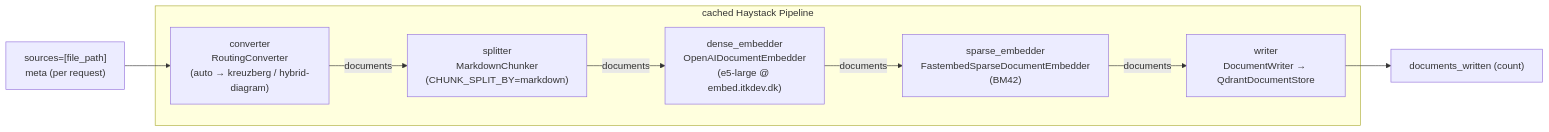
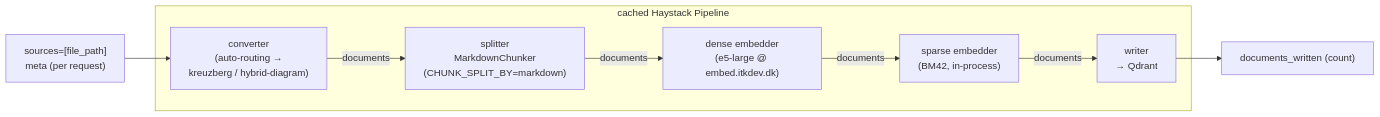
One commit to AarhusAI/ingestion-service changed the fourth of 5 diagrams in docs/data-flow.md. Above: the diagram before and after it, drawn with Mermaid. The commit also changed other lines of this file, not shown here.

Commit message:
Update data flow

````diff
--- a/docs/data-flow.md
+++ b/docs/data-flow.md
@@ -201,18 +180,18 @@
 ```mermaid
 flowchart LR
     IN["sources=[file_path]<br/>meta (per request)"] --> CONV
 
     subgraph PIPE["cached Haystack Pipeline"]
-        CONV["converter<br/>RoutingConverter<br/>(auto → kreuzberg / hybrid-diagram)"]
+        CONV["converter<br/>(auto-routing →<br/>kreuzberg / hybrid-diagram)"]
         SPLIT["splitter<br/>MarkdownChunker<br/>(CHUNK_SPLIT_BY=markdown)"]
-        DENSE["dense_embedder<br/>OpenAIDocumentEmbedder<br/>(e5-large @ embed.itkdev.dk)"]
-        SPARSE["sparse_embedder<br/>FastembedSparseDocumentEmbedder<br/>(BM42)"]
-        WRITE["writer<br/>DocumentWriter → QdrantDocumentStore"]
+        DENSE["dense embedder<br/>(e5-large @ embed.itkdev.dk)"]
+        SPARSE["sparse embedder<br/>(BM42, in-process)"]
+        WRITE["writer<br/>→ Qdrant"]
     end
 
     CONV -->|documents| SPLIT
     SPLIT -->|documents| DENSE
     DENSE -->|documents| SPARSE
     SPARSE -->|documents| WRITE
     WRITE --> OUT["documents_written (count)"]
 ```
````
